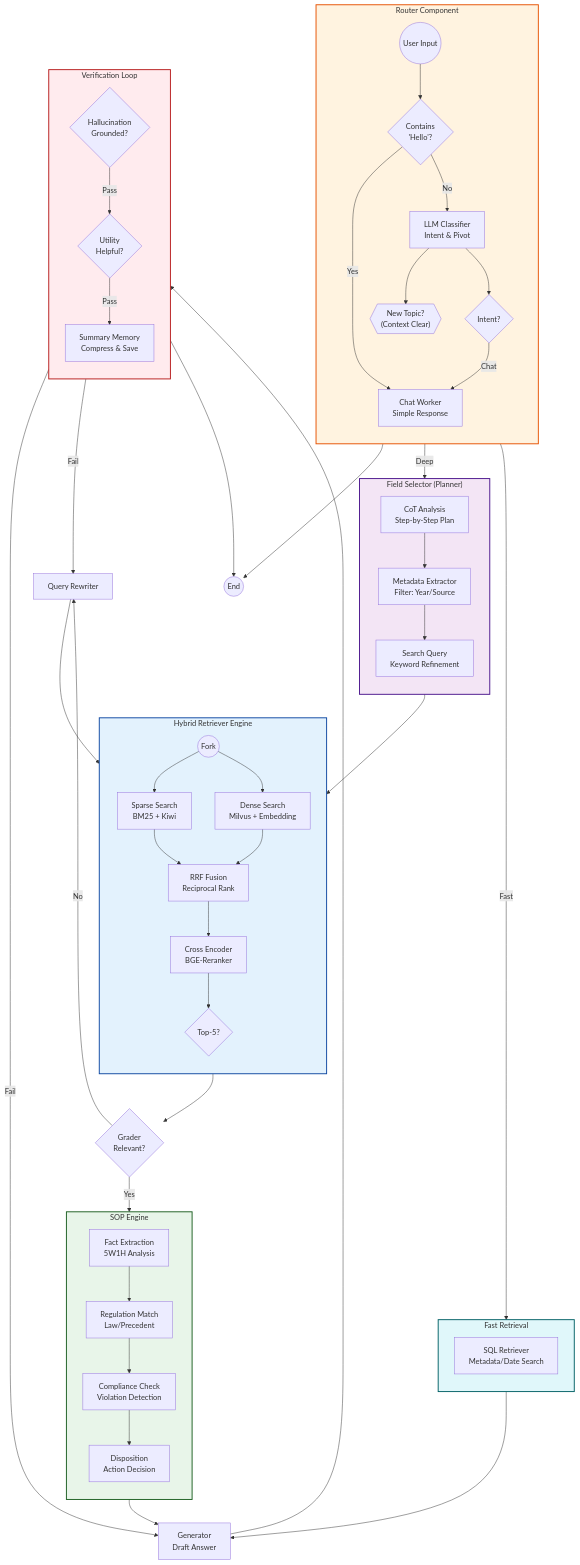
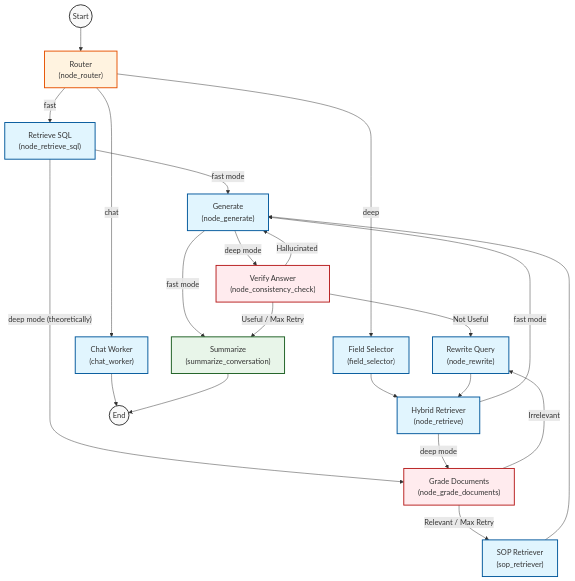
The diagram in 03_agentic_rag/architecture.md (jinheeus/AIFFEL_QUEST), drawn with Mermaid before and after one commit.

Commit message:
chore: 아키텍쳐 최신화

````diff
--- a/03_agentic_rag/architecture.md
+++ b/03_agentic_rag/architecture.md
@@ -7,86 +7,69 @@
 ```mermaid
 graph TD
-    %% --- Subgraph: Router Logic ---
-    subgraph Router_Box ["Router Component"]
-        direction TB
-        Input(("User Input")) --> Keyword{"Contains<br>'Hello'?"}
-        Keyword -- Yes --> ChatNode["Chat Worker<br/>Simple Response"]
-        Keyword -- No --> Classify["LLM Classifier<br/>Intent & Pivot"]
-        Classify --> CheckInt{"Intent?"}
-        Classify --> PivotCheck{{"New Topic?<br/>(Context Clear)"}}
-    end
+    %% --- Nodes (Match graph.py) ---
+    Start((Start))
+    Router["Router<br/>(node_router)"]
+    ChatWorker["Chat Worker<br/>(chat_worker)"]
+    RetrieveSQL["Retrieve SQL<br/>(node_retrieve_sql)"]
+    FieldSelector["Field Selector<br/>(field_selector)"]
+    HybridRetriever["Hybrid Retriever<br/>(node_retrieve)"]
+    GradeDocuments["Grade Documents<br/>(node_grade_documents)"]
+    RewriteQuery["Rewrite Query<br/>(node_rewrite)"]
+    SOPRetriever["SOP Retriever<br/>(sop_retriever)"]
+    Generate["Generate<br/>(node_generate)"]
+    VerifyAnswer["Verify Answer<br/>(node_consistency_check)"]
+    Summarize["Summarize<br/>(summarize_conversation)"]
+    EndNode((End))
 
-    %% --- Subgraph: Fast Track (SQL) ---
-    subgraph Fast_Box ["Fast Retrieval"]
-        direction TB
-        SQL["SQL Retriever<br/>Metadata/Date Search"]
-    end
+    %% --- Edges ---
+    Start --> Router
 
-    %% --- Subgraph: RAG Preparation ---
-    subgraph Planner_Box ["Field Selector (Planner)"]
-        direction TB
-        Analyze["CoT Analysis<br/>Step-by-Step Plan"] --> Extract["Metadata Extractor<br/>Filter: Year/Source"]
-        Extract --> Refine["Search Query<br/>Keyword Refinement"]
-    end
+    %% Router routing (route_start)
+    Router -- "chat" --> ChatWorker
+    Router -- "fast" --> RetrieveSQL
+    Router -- "deep" --> FieldSelector
 
-    %% --- Subgraph: Hybrid Retrieval ---
-    subgraph Retriever_Box ["Hybrid Retriever Engine"]
-        direction TB
-        Fork((Fork)) --> Sparse["Sparse Search<br/>BM25 + Kiwi"]
-        Fork --> Dense["Dense Search<br/>Milvus + Embedding"]
-        Sparse --> Fusion["RRF Fusion<br/>Reciprocal Rank"]
-        Dense --> Fusion
-        Fusion --> Rerank["Cross Encoder<br/>BGE-Reranker"]
-        Rerank --> TopK{"Top-5?"}
-    end
+    %% Chat Branch
+    ChatWorker --> EndNode
 
-    %% --- Subgraph: SOP Execution ---
-    subgraph SOP_Box ["SOP Engine"]
-        direction TB
-        Fact["Fact Extraction<br/>5W1H Analysis"] --> Match["Regulation Match<br/>Law/Precedent"]
-        Match --> Compliance["Compliance Check<br/>Violation Detection"]
-        Compliance --> Dispo["Disposition<br/>Action Decision"]
-    end
+    %% Fast/SQL Branch (route_post_retrieval)
+    RetrieveSQL -- "fast mode" --> Generate
+    RetrieveSQL -- "deep mode (theoretically)" --> GradeDocuments
 
-    %% --- Subgraph: Verification & Memory ---
-    subgraph Verifier_Box ["Verification Loop"]
-        direction TB
-        HalluCheck{"Hallucination<br/>Grounded?"} 
-        UtilCheck{"Utility<br/>Helpful?"}
-        Memory["Summary Memory<br/>Compress & Save"]
-    end
+    %% Deep/Hybrid Branch
+    FieldSelector --> HybridRetriever
+    HybridRetriever -- "deep mode" --> GradeDocuments
+    HybridRetriever -- "fast mode" --> Generate
 
-    %% --- Main Flow Connections ---
-    CheckInt -- Chat --> ChatNode
-    CheckInt -- Fast --> SQL
-    SQL --> Generate
-    
-    CheckInt -- Deep --> Analyze
-    
-    Refine --> Fork
-    TopK --> GradeLogic{"Grader<br/>Relevant?"}
-    
-    GradeLogic -- Yes --> Fact
-    GradeLogic -- No --> Rewrite["Query Rewriter"]
-    Rewrite --> Fork
-    
-    Dispo --> Generate["Generator<br/>Draft Answer"]
-    Generate --> HalluCheck
-    
-    HalluCheck -- Fail --> Generate
-    HalluCheck -- Pass --> UtilCheck
-    
-    UtilCheck -- Fail --> Rewrite
-    UtilCheck -- Pass --> Memory
-    
-    Memory --> EndNode((End))
-    ChatNode --> EndNode
+    %% Grader Loop (route_retrieval)
+    GradeDocuments -- "Relevant / Max Retry" --> SOPRetriever
+    GradeDocuments -- "Irrelevant" --> RewriteQuery
+    RewriteQuery --> HybridRetriever
+
+    %% SOP -> Generate
+    SOPRetriever --> Generate
+
+    %% Generation Output (route_post_generation)
+    Generate -- "fast mode" --> Summarize
+    Generate -- "deep mode" --> VerifyAnswer
+
+    %% Verification Loop (route_verification)
+    VerifyAnswer -- "Hallucinated" --> Generate
+    VerifyAnswer -- "Not Useful" --> RewriteQuery
+    VerifyAnswer -- "Useful / Max Retry" --> Summarize
+
+    %% Finalize
+    Summarize --> EndNode
 
     %% --- Styling ---
-    style Router_Box fill:#fff3e0,stroke:#e65100,stroke-width:2px
-    style Fast_Box fill:#e0f7fa,stroke:#006064,stroke-width:2px
-    style Planner_Box fill:#f3e5f5,stroke:#4a148c,stroke-width:2px
-    style Retriever_Box fill:#e3f2fd,stroke:#0d47a1,stroke-width:2px
-    style SOP_Box fill:#e8f5e9,stroke:#1b5e20,stroke-width:2px
-    style Verifier_Box fill:#ffebee,stroke:#b71c1c,stroke-width:2px
+    classDef default fill:#f9f9f9,stroke:#333,stroke-width:2px;
+    classDef router fill:#fff3e0,stroke:#e65100;
+    classDef worker fill:#e1f5fe,stroke:#01579b;
+    classDef check fill:#ffebee,stroke:#b71c1c;
+    classDef final fill:#e8f5e9,stroke:#1b5e20;
+
+    class Router router;
+    class ChatWorker,RetrieveSQL,FieldSelector,HybridRetriever,SOPRetriever,RewriteQuery,Generate worker;
+    class GradeDocuments,VerifyAnswer check;
+    class Summarize final;
 ```
````
